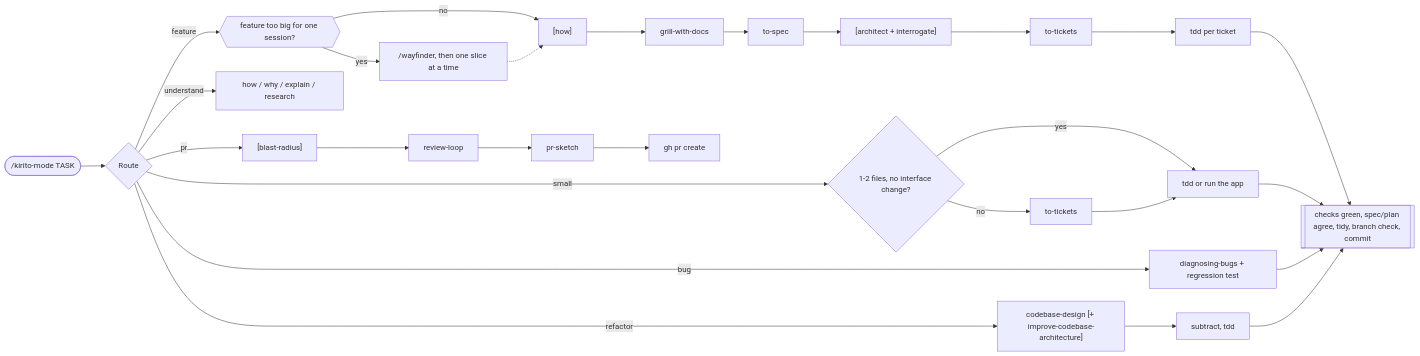
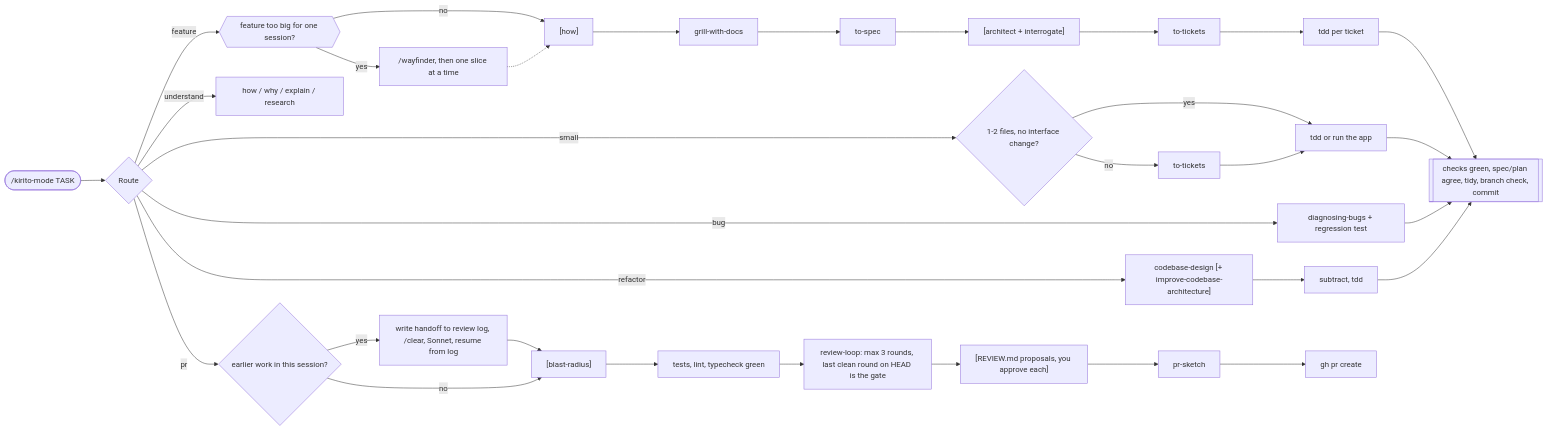
Before and after one commit to minhhuy1201/hkirito: the first of 3 diagrams in README.md, drawn with Mermaid. The commit also changed other lines of this file and 20 other files, not shown here.

````diff
--- a/README.md
+++ b/README.md
@@ -7,17 +7,21 @@
 ```mermaid
 flowchart LR
     T(["/kirito-mode TASK"]) --> R{Route}
 
     R -->|feature| F0
     F0 -->|no| F1["[how]"] --> F2[grill-with-docs] --> F3[to-spec] --> F4["[architect + interrogate]"] --> F5[to-tickets] --> F6[tdd per ticket] --> FIN
     F0{{feature too big for one session?}} -->|yes| W["/wayfinder, then one slice at a time"] -.-> F1
     R -->|small| S1{"1-2 files, no interface change?"}
     S1 -->|yes| S2[tdd or run the app] --> FIN
     S1 -->|no| S3[to-tickets] --> S2
     R -->|bug| B1[diagnosing-bugs + regression test] --> FIN
     R -->|refactor| X1["codebase-design [+ improve-codebase-architecture]"] --> X2[subtract, tdd] --> FIN
     R -->|understand| U1[how / why / explain / research]
-    R -->|pr| P0["[blast-radius]"] --> P1[review-loop] --> P2[pr-sketch] --> P3[gh pr create]
+    R -->|pr| PH{"earlier work in this session?"}
+    PH -->|yes| PW["write handoff to review log, /clear, Sonnet, resume from log"] --> P0
+    PH -->|no| P0["[blast-radius]"]
+    P0 --> PC["tests, lint, typecheck green"] --> P1["review-loop: max 3 rounds, last clean round on HEAD is the gate"]
+    P1 --> PR["[REVIEW.md proposals, you approve each]"] --> P2[pr-sketch] --> P3[gh pr create]
 
     FIN[["checks green, spec/plan agree, tidy, branch check, commit"]]
 ```
````
